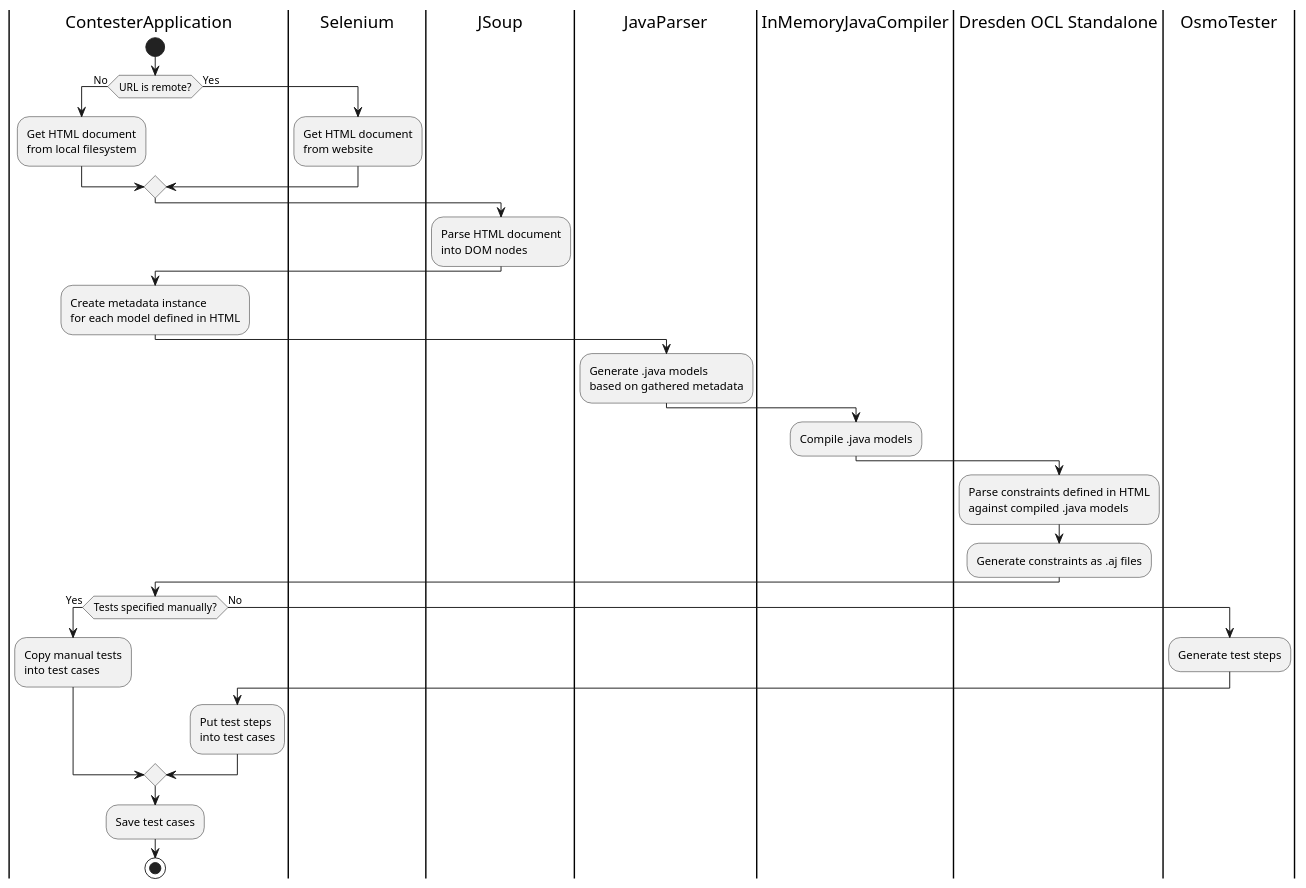
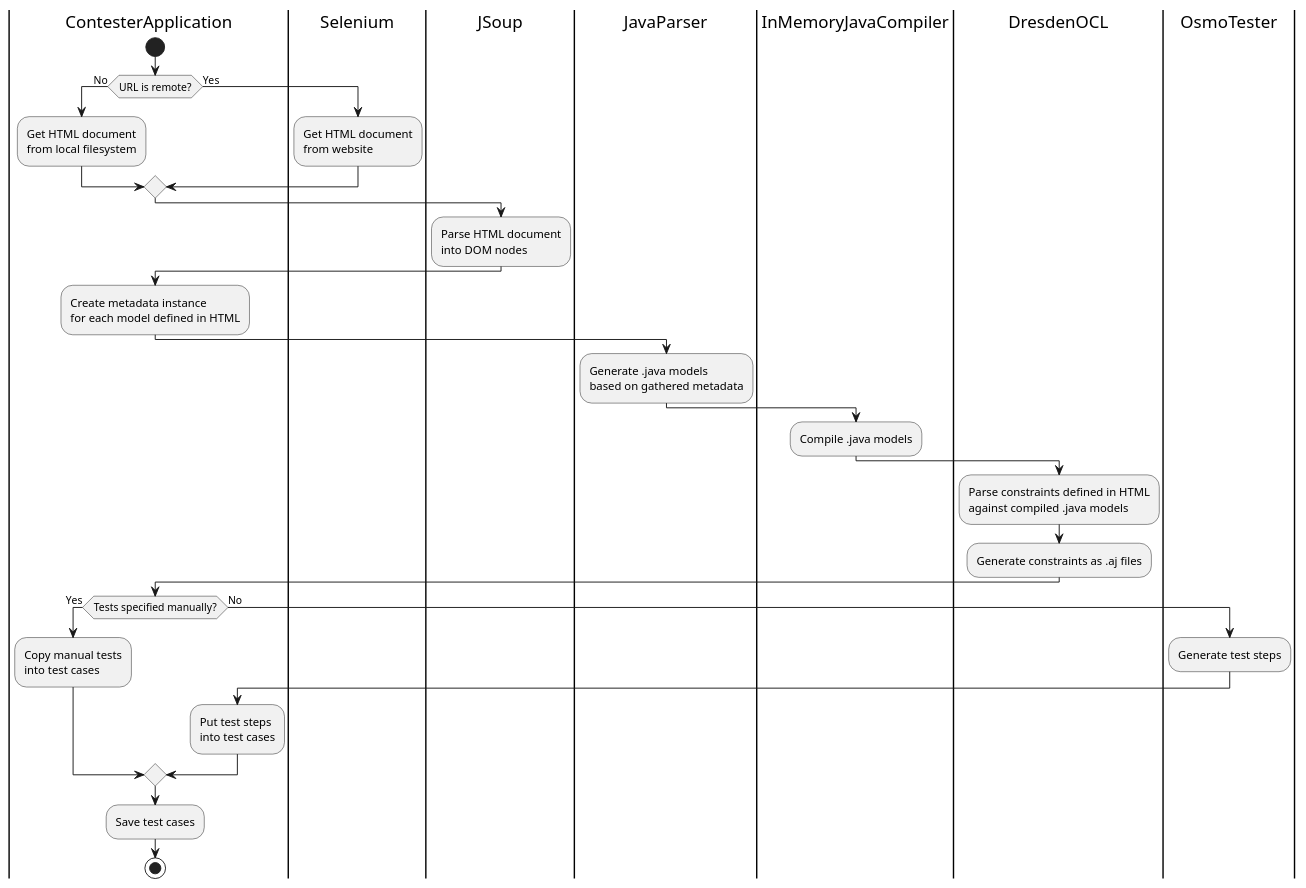
One commit to kwojcikowski/contester changed the diagram in uml/contester-activity.puml. Above: the diagram before and after it, drawn with PlantUML. The commit also changed 2 other files, not shown here.

Commit message:
Align diagrams

```diff
--- a/uml/contester-activity.puml
+++ b/uml/contester-activity.puml
@@ -1,41 +1,41 @@
-@startuml
+@startuml contester-activity-diagram
 |ContesterApplication|
 start
 if (URL is remote?) is (No) then
 :Get HTML document
 from local filesystem;
 else (Yes)
 |Selenium|
 :Get HTML document
 from website;
 endif
 |JSoup|
 :Parse HTML document
 into DOM nodes;
 |ContesterApplication|
 :Create metadata instance
 for each model defined in HTML;
 |JavaParser|
 :Generate .java models
 based on gathered metadata;
 |InMemoryJavaCompiler|
 :Compile .java models;
-|Dresden OCL Standalone|
+|DresdenOCL|
 :Parse constraints defined in HTML
 against compiled .java models;
 :Generate constraints as .aj files;
 |ContesterApplication|
 if (Tests specified manually?) is (Yes) then
 :Copy manual tests
 into test cases;
 else (No)
 |OsmoTester|
 :Generate test steps;
 |ContesterApplication|
 :Put test steps
 into test cases;
 endif
 |ContesterApplication|
 :Save test cases;
 stop
 @enduml
```
